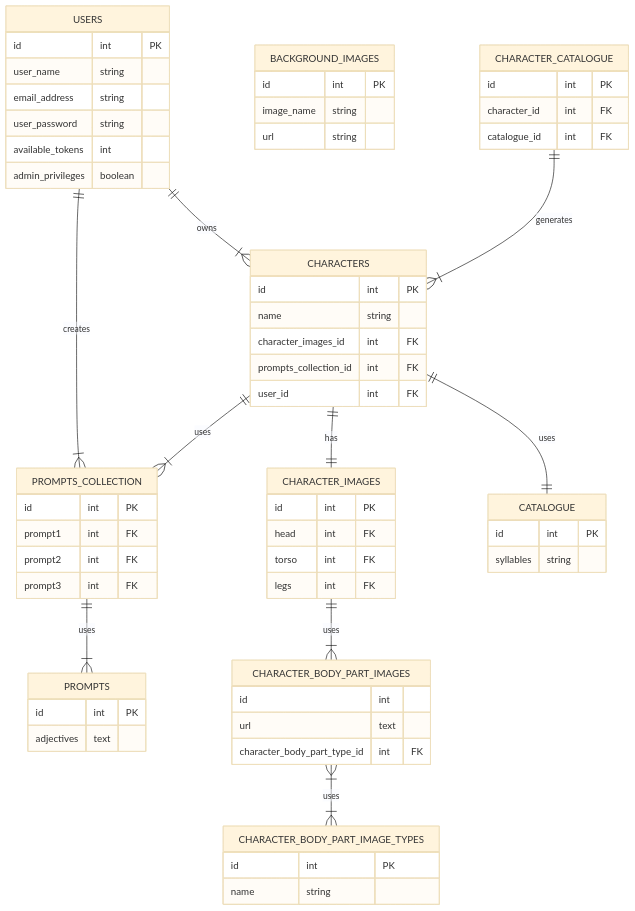
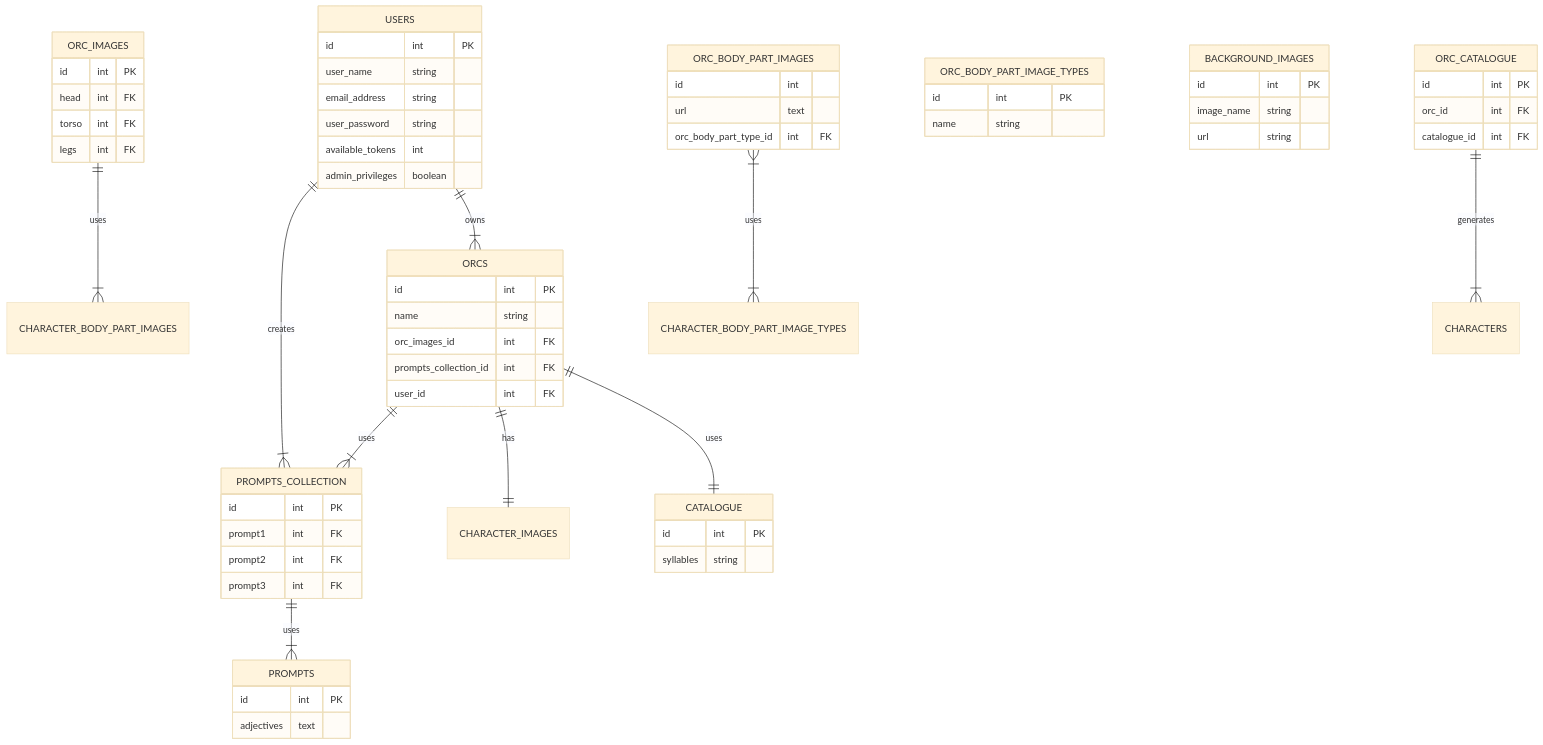
Before and after one commit to Wren00/create-an-orc: the second of 2 diagrams in README.md, drawn with Mermaid (base theme). The commit also changed other lines of this file and 1 other file, not shown here.

````diff
--- a/README.md
+++ b/README.md
@@ -69,68 +69,68 @@
 ```mermaid
 erDiagram
 direction TB
 USERS {
 	id int PK
 	user_name string
 	email_address string
 	user_password string
 	available_tokens int
 	admin_privileges boolean 
 }
 PROMPTS {
  	id int PK
 	adjectives text
 }
 PROMPTS_COLLECTION {
 	id int PK
 	prompt1 int FK
 	prompt2 int FK
 	prompt3 int FK
 }
-CHARACTERS {
+ORCS {
  	id int PK
 	name string
-	character_images_id int FK
+	orc_images_id int FK
 	prompts_collection_id int FK
 	user_id int FK
 }
-CHARACTER_IMAGES {
+ORC_IMAGES {
 	id int PK
 	head int FK
 	torso int FK
 	legs int FK
 }
-CHARACTER_BODY_PART_IMAGES {
+ORC_BODY_PART_IMAGES {
 	id int
 	url text 
-	character_body_part_type_id int FK
+	orc_body_part_type_id int FK
 }
-CHARACTER_BODY_PART_IMAGE_TYPES {
+ORC_BODY_PART_IMAGE_TYPES {
 	id int PK
 	name string
 }
 BACKGROUND_IMAGES {
  	id int PK
 	image_name string
 	url string
 }
-CHARACTER_CATALOGUE {
+ORC_CATALOGUE {
 	id int PK
-	character_id int FK
+	orc_id int FK
 	catalogue_id int FK
 }
 CATALOGUE {
     id int PK
     syllables string
 }
 	USERS ||--|{ PROMPTS_COLLECTION : creates
-	USERS ||--|{ CHARACTERS : owns
-	CHARACTERS ||--|{ PROMPTS_COLLECTION : uses
-	CHARACTERS ||--|| CHARACTER_IMAGES : has
-	CHARACTERS ||--|| CATALOGUE : uses
-	CHARACTER_IMAGES ||--|{ CHARACTER_BODY_PART_IMAGES : uses
-	CHARACTER_BODY_PART_IMAGES }|--|{ CHARACTER_BODY_PART_IMAGE_TYPES : uses
-	CHARACTER_CATALOGUE ||--|{ CHARACTERS : generates
+	USERS ||--|{ ORCS : owns
+	ORCS ||--|{ PROMPTS_COLLECTION : uses
+	ORCS ||--|| CHARACTER_IMAGES : has
+	ORCS ||--|| CATALOGUE : uses
+	ORC_IMAGES ||--|{ CHARACTER_BODY_PART_IMAGES : uses
+	ORC_BODY_PART_IMAGES }|--|{ CHARACTER_BODY_PART_IMAGE_TYPES : uses
+	ORC_CATALOGUE ||--|{ CHARACTERS : generates
 	PROMPTS_COLLECTION ||--|{ PROMPTS : uses
 	
 ```
````
